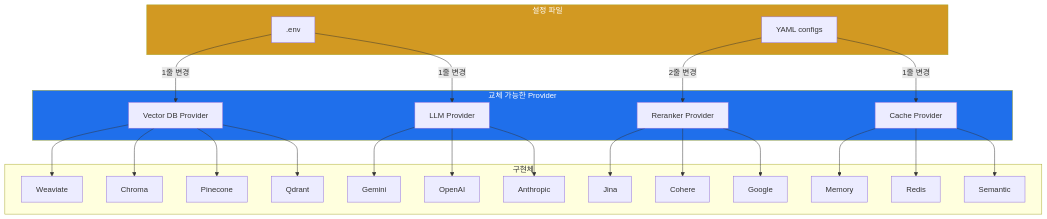
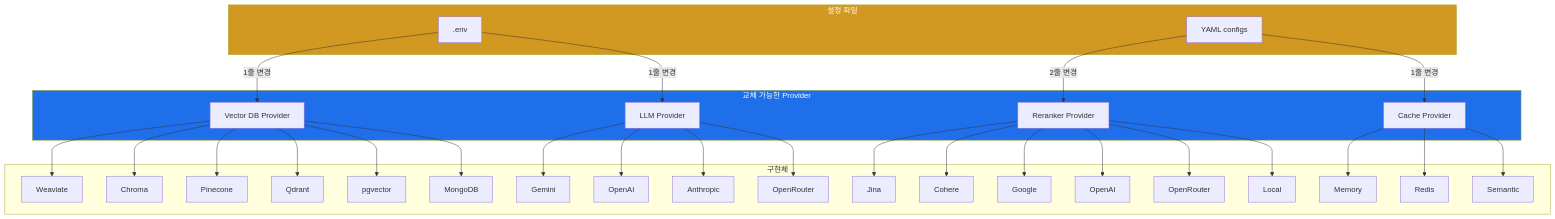
Before and after one commit to notadev-iamaura/OneRAG: the third of 5 diagrams in docs/ARCHITECTURE.md, drawn with Mermaid. The commit also changed 2 other files, not shown here.

Commit message:
문서: 테스트 수·버전·다이어그램 동기화
- CLAUDE.md 테스트 수 1,707 → 1,926 (3곳 일괄 수정)
- WebSocket 가이드 릴리즈 버전 v1.0.7 → v1.0.9 (CHANGELOG 기준)
- ARCHITECTURE.md 다이어그램 3에 누락된 Provider 추가
  (pgvector, MongoDB, OpenRouter, Reranker OpenAI/OpenRouter/Local)

````diff
--- a/docs/ARCHITECTURE.md
+++ b/docs/ARCHITECTURE.md
@@ -99,41 +99,47 @@
 ```mermaid
 graph TB
     subgraph Config["설정 파일"]
         ENV[".env"]
         YAML["YAML configs"]
     end
 
     subgraph Providers["교체 가능한 Provider"]
         VDB["Vector DB Provider"]
         LLMP["LLM Provider"]
         RRP["Reranker Provider"]
         CP["Cache Provider"]
     end
 
     subgraph Implementations["구현체"]
         VDB --> W[Weaviate]
         VDB --> CH[Chroma]
         VDB --> PI[Pinecone]
         VDB --> QD[Qdrant]
+        VDB --> PG[pgvector]
+        VDB --> MO[MongoDB]
 
         LLMP --> GE[Gemini]
         LLMP --> OA[OpenAI]
         LLMP --> AN[Anthropic]
+        LLMP --> OR[OpenRouter]
 
         RRP --> JI[Jina]
         RRP --> CO[Cohere]
         RRP --> GO[Google]
+        RRP --> ROA[OpenAI]
+        RRP --> ROR[OpenRouter]
+        RRP --> LO[Local]
 
         CP --> ME[Memory]
         CP --> RE[Redis]
         CP --> SE[Semantic]
     end
 
     ENV -->|1줄 변경| VDB
     ENV -->|1줄 변경| LLMP
     YAML -->|2줄 변경| RRP
     YAML -->|1줄 변경| CP
 
     style Config fill:#d29922,color:#fff
     style Providers fill:#1f6feb,color:#fff
 ```
````
